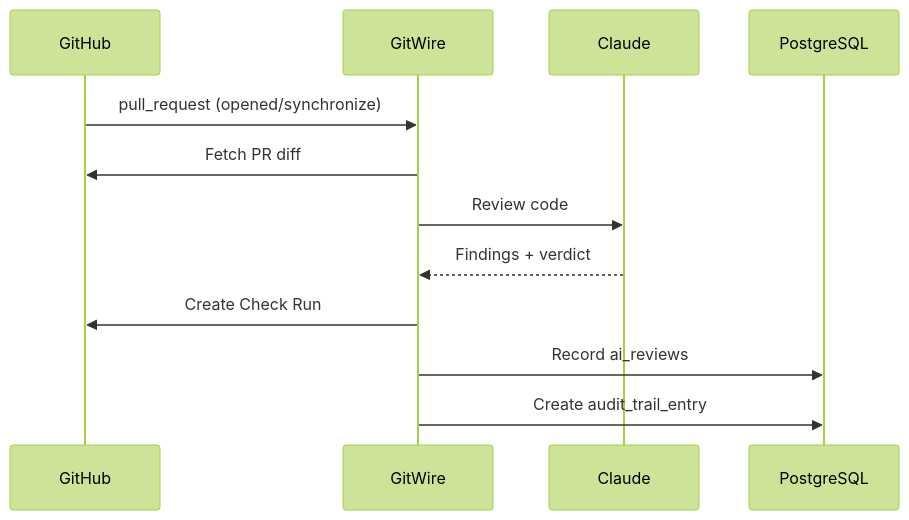
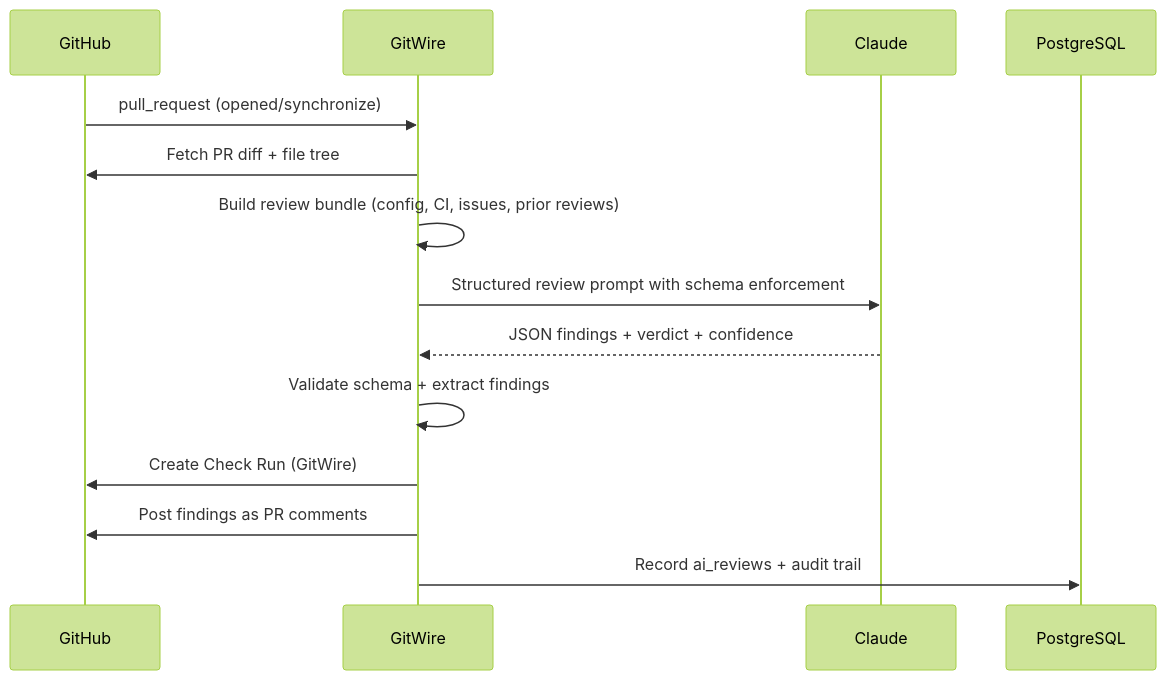
The fourth of 5 diagrams in docs/architecture/data-flow.md (Octo-Lex/GitWire), drawn with Mermaid (forest theme) before and after one commit. The commit also changed other lines of this file and 9 other files, not shown here.

````diff
--- a/docs/architecture/data-flow.md
+++ b/docs/architecture/data-flow.md
@@ -79,15 +100,17 @@
 ```mermaid
 sequenceDiagram
     participant GH as GitHub
     participant APP as GitWire
     participant AI as Claude
     participant DB as PostgreSQL
 
     GH->>APP: pull_request (opened/synchronize)
-    APP->>GH: Fetch PR diff
-    APP->>AI: Review code
-    AI-->>APP: Findings + verdict
-    APP->>GH: Create Check Run
-    APP->>DB: Record ai_reviews
-    APP->>DB: Create audit_trail_entry
+    APP->>GH: Fetch PR diff + file tree
+    APP->>APP: Build review bundle (config, CI, issues, prior reviews)
+    APP->>AI: Structured review prompt with schema enforcement
+    AI-->>APP: JSON findings + verdict + confidence
+    APP->>APP: Validate schema + extract findings
+    APP->>GH: Create Check Run (GitWire)
+    APP->>GH: Post findings as PR comments
+    APP->>DB: Record ai_reviews + audit trail
 ```
````
